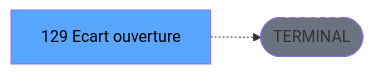
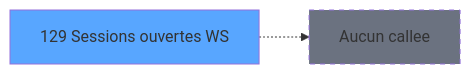
The third of 3 diagrams in .openspec/specs/ADH-IDE-129.md (thonyAGP/magic-migration), drawn with Mermaid before and after one commit. The commit also changed other lines of this file and 311 other files, not shown here.

````diff
--- a/.openspec/specs/ADH-IDE-129.md
+++ b/.openspec/specs/ADH-IDE-129.md
@@ -145,8 +163,8 @@
 ```mermaid
 graph LR
-    T[129 Ecart ouverture]
-    TERM([TERMINAL])
-    T -.-> TERM
-    style TERM fill:#6b7280,stroke-dasharray: 5 5
-    style T fill:#58a6ff,color:#000
+    T129[129 Sessions ouvertes WS]
+    style T129 fill:#58a6ff
+    NONE[Aucun callee]
+    T129 -.-> NONE
+    style NONE fill:#6b7280,stroke-dasharray: 5 5
 ```
````
